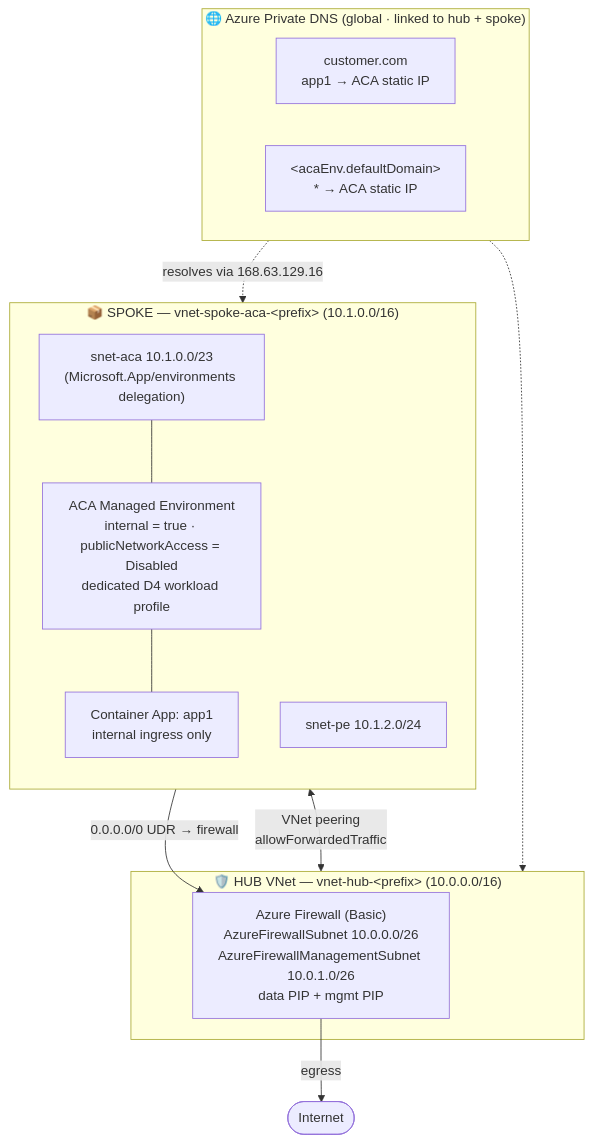
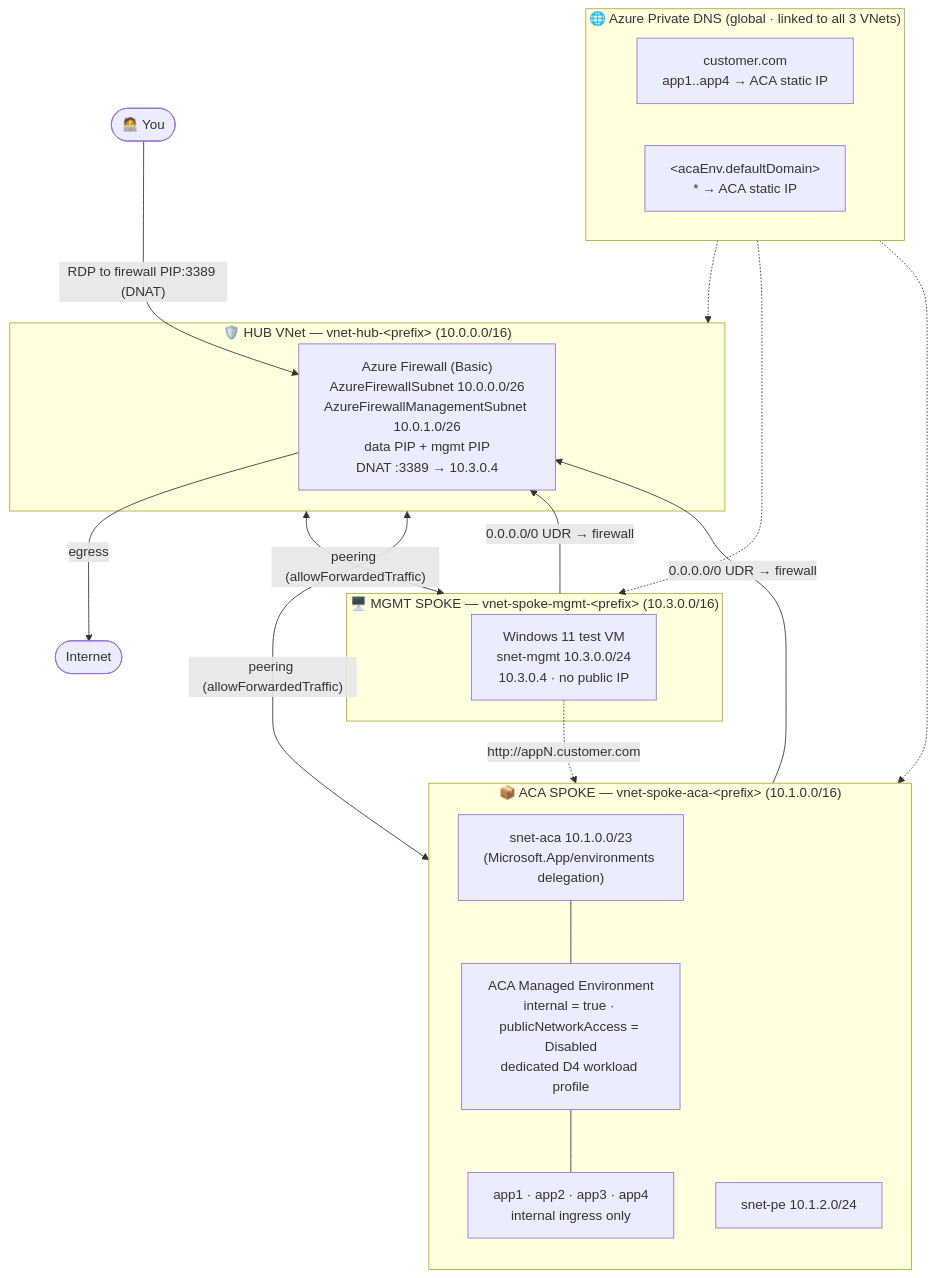
One commit to nthewara/aca-architecture-patterns changed the diagram in README.md. Above: the diagram before and after it, drawn with Mermaid. The commit also changed other lines of this file and 4 other files, not shown here.

First line of the commit message:
Add 4 sample apps, mgmt spoke + Windows 11 VM, and firewall RDP DNAT (#1)

````diff
--- a/README.md
+++ b/README.md
@@ -26,26 +28,36 @@
 ```mermaid
 flowchart TB
+    USER(["🧑‍💻 You"]) -->|"RDP to firewall PIP:3389 (DNAT)"| FW
+
     subgraph HUB["🛡️ HUB VNet — vnet-hub-&lt;prefix&gt; (10.0.0.0/16)"]
-        FW["Azure Firewall (Basic)<br/>AzureFirewallSubnet 10.0.0.0/26<br/>AzureFirewallManagementSubnet 10.0.1.0/26<br/>data PIP + mgmt PIP"]
+        FW["Azure Firewall (Basic)<br/>AzureFirewallSubnet 10.0.0.0/26<br/>AzureFirewallManagementSubnet 10.0.1.0/26<br/>data PIP + mgmt PIP<br/>DNAT :3389 → 10.3.0.4"]
     end
 
-    subgraph SPOKE["📦 SPOKE — vnet-spoke-aca-&lt;prefix&gt; (10.1.0.0/16)"]
+    subgraph SPOKE["📦 ACA SPOKE — vnet-spoke-aca-&lt;prefix&gt; (10.1.0.0/16)"]
         direction TB
         SNETACA["snet-aca 10.1.0.0/23<br/>(Microsoft.App/environments delegation)"]
         SNETPE["snet-pe 10.1.2.0/24"]
         ACAENV["ACA Managed Environment<br/>internal = true · publicNetworkAccess = Disabled<br/>dedicated D4 workload profile"]
-        APP["Container App: app1<br/>internal ingress only"]
-        SNETACA --- ACAENV --- APP
+        APPS["app1 · app2 · app3 · app4<br/>internal ingress only"]
+        SNETACA --- ACAENV --- APPS
     end
 
-    subgraph PDNS["🌐 Azure Private DNS (global · linked to hub + spoke)"]
-        Z1["customer.com<br/>app1 → ACA static IP"]
+    subgraph MGMT["🖥️ MGMT SPOKE — vnet-spoke-mgmt-&lt;prefix&gt; (10.3.0.0/16)"]
+        WIN11["Windows 11 test VM<br/>snet-mgmt 10.3.0.0/24<br/>10.3.0.4 · no public IP"]
+    end
+
+    subgraph PDNS["🌐 Azure Private DNS (global · linked to all 3 VNets)"]
+        Z1["customer.com<br/>app1..app4 → ACA static IP"]
         Z2["&lt;acaEnv.defaultDomain&gt;<br/>* → ACA static IP"]
     end
 
-    HUB <-->|"VNet peering<br/>allowForwardedTraffic"| SPOKE
+    HUB <-->|"peering (allowForwardedTraffic)"| SPOKE
+    HUB <-->|"peering (allowForwardedTraffic)"| MGMT
     SPOKE -->|"0.0.0.0/0 UDR → firewall"| FW
+    MGMT -->|"0.0.0.0/0 UDR → firewall"| FW
     FW -->|"egress"| INET(["Internet"])
-    PDNS -.->|"resolves via 168.63.129.16"| SPOKE
+    WIN11 -.->|"http://appN.customer.com"| APPS
     PDNS -.-> HUB
+    PDNS -.-> SPOKE
+    PDNS -.-> MGMT
 ```
````
